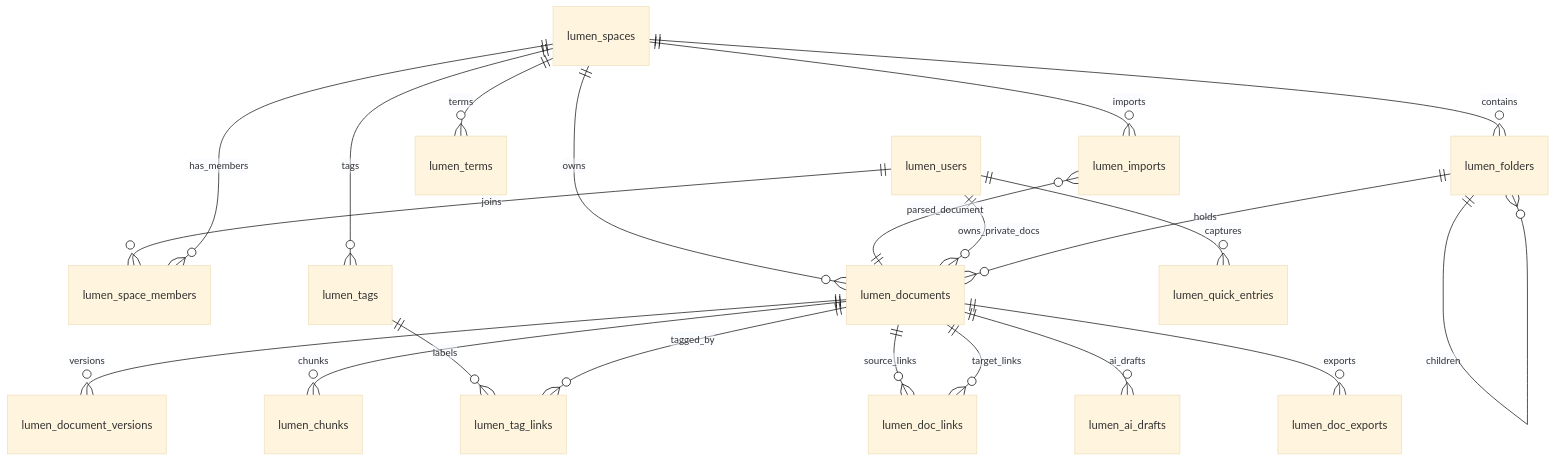
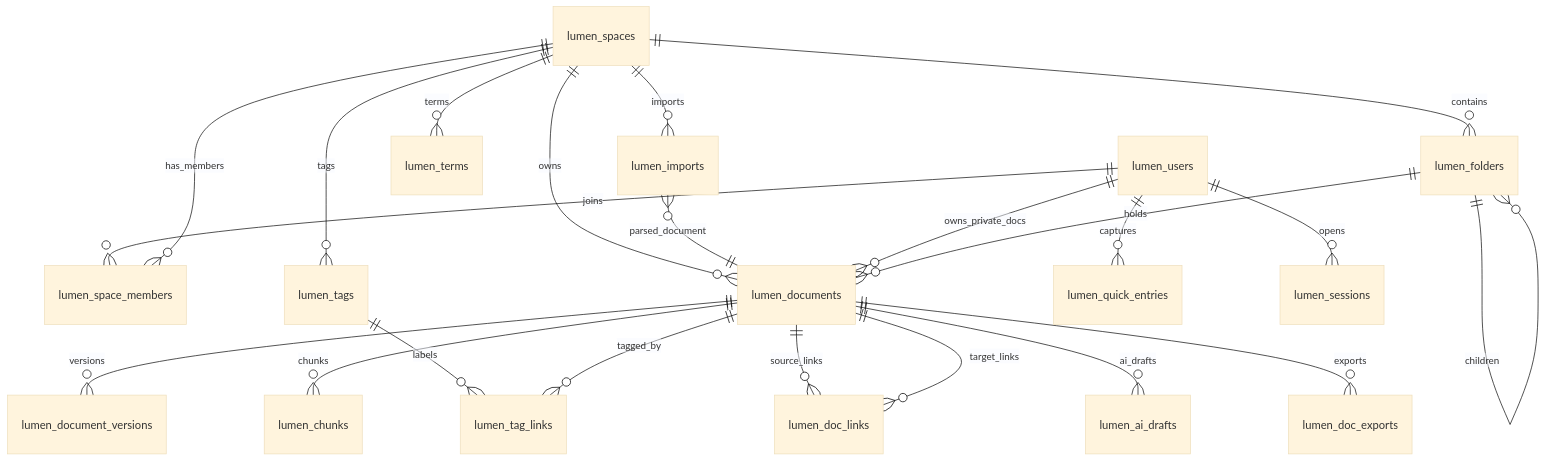
The diagram in docs/06-db-design.md (emily8421/LUMEN-DEMO), drawn with Mermaid (base theme) before and after one commit. The commit also changed other lines of this file and 48 other files, not shown here.

````diff
--- a/docs/06-db-design.md
+++ b/docs/06-db-design.md
@@ -259,23 +282,24 @@
 ```mermaid
 erDiagram
   lumen_users ||--o{ lumen_space_members : joins
   lumen_spaces ||--o{ lumen_space_members : has_members
   lumen_spaces ||--o{ lumen_documents : owns
   lumen_documents ||--o{ lumen_document_versions : versions
   lumen_documents ||--o{ lumen_chunks : chunks
   lumen_spaces ||--o{ lumen_imports : imports
   lumen_imports }o--|| lumen_documents : parsed_document
   lumen_spaces ||--o{ lumen_terms : terms
   lumen_users ||--o{ lumen_documents : owns_private_docs
   lumen_spaces ||--o{ lumen_tags : tags
   lumen_tags ||--o{ lumen_tag_links : labels
   lumen_documents ||--o{ lumen_tag_links : tagged_by
   lumen_documents ||--o{ lumen_doc_links : source_links
   lumen_documents ||--o{ lumen_doc_links : target_links
   lumen_users ||--o{ lumen_quick_entries : captures
+  lumen_users ||--o{ lumen_sessions : opens
   lumen_documents ||--o{ lumen_ai_drafts : ai_drafts
   lumen_documents ||--o{ lumen_doc_exports : exports
   lumen_spaces ||--o{ lumen_folders : contains
   lumen_folders ||--o{ lumen_folders : children
   lumen_folders ||--o{ lumen_documents : holds
 ```
````
